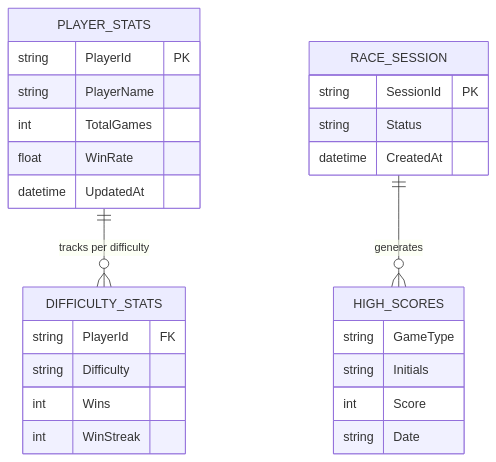
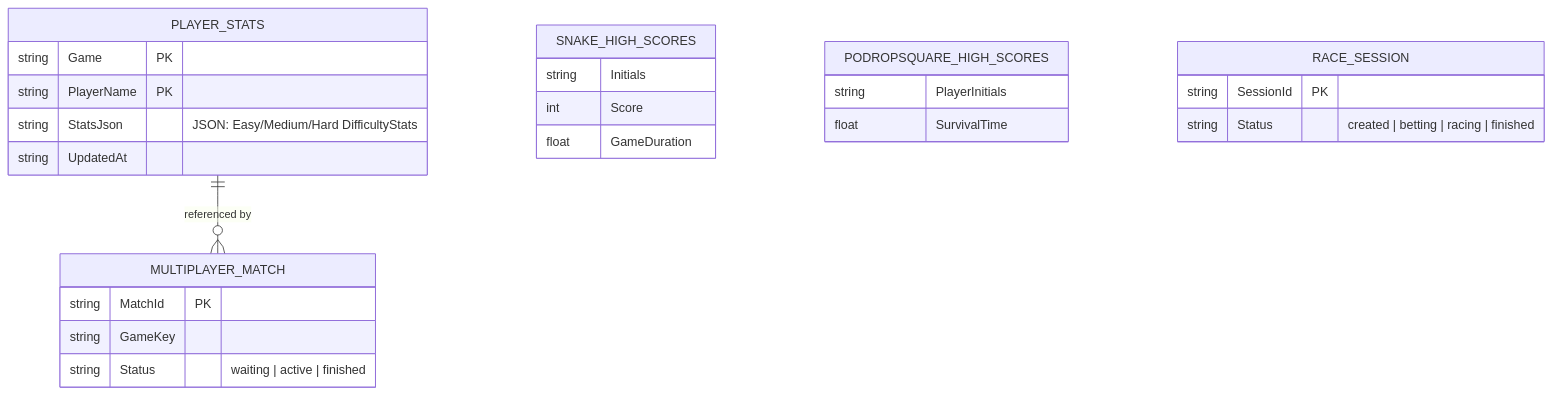
The diagram in docs/DataModel_SIMPLE.mmd (punkouter26/PoMiniGames), drawn with Mermaid before and after one commit. The commit also changed 124 other files, not shown here.

```diff
--- a/docs/DataModel_SIMPLE.mmd
+++ b/docs/DataModel_SIMPLE.mmd
@@ -1,31 +1,26 @@
 erDiagram
     PLAYER_STATS {
-        string PlayerId PK
-        string PlayerName
-        int TotalGames
-        float WinRate
-        datetime UpdatedAt
+        string Game PK
+        string PlayerName PK
+        string StatsJson "JSON: Easy/Medium/Hard DifficultyStats"
+        string UpdatedAt
     }
-
-    DIFFICULTY_STATS {
-        string PlayerId FK
-        string Difficulty
-        int Wins
-        int WinStreak
-    }
-
-    HIGH_SCORES {
-        string GameType
+    SNAKE_HIGH_SCORES {
         string Initials
         int Score
-        string Date
+        float GameDuration
     }
-
+    PODROPSQUARE_HIGH_SCORES {
+        string PlayerInitials
+        float SurvivalTime
+    }
+    MULTIPLAYER_MATCH {
+        string MatchId PK
+        string GameKey
+        string Status "waiting | active | finished"
+    }
     RACE_SESSION {
         string SessionId PK
-        string Status
-        datetime CreatedAt
+        string Status "created | betting | racing | finished"
     }
-
-    PLAYER_STATS ||--o{ DIFFICULTY_STATS : "tracks per difficulty"
-    RACE_SESSION ||--o{ HIGH_SCORES : "generates"
+    PLAYER_STATS ||--o{ MULTIPLAYER_MATCH : "referenced by"
```
